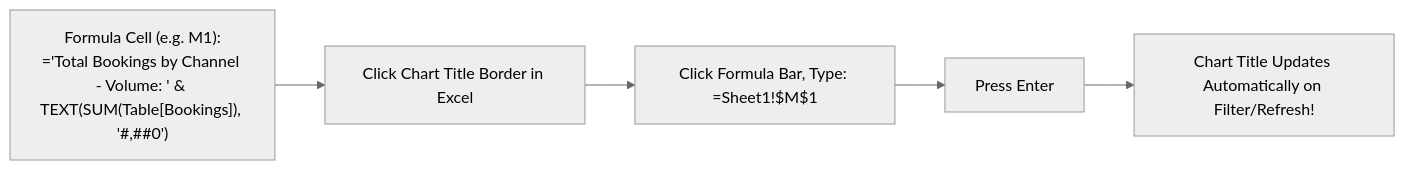
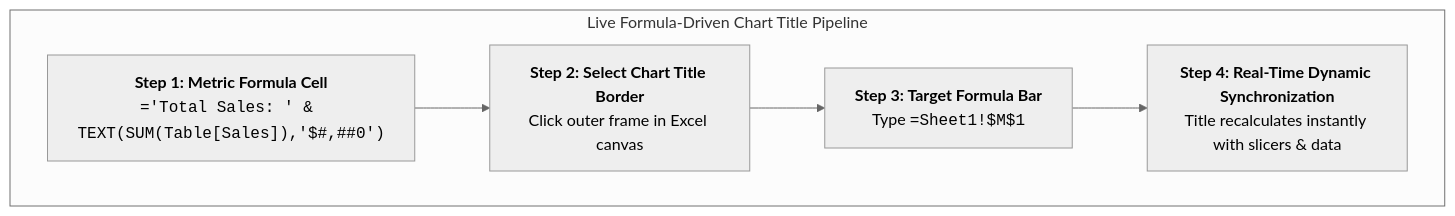
Before and after one commit to Sohila-Khaled-Abbas/COURSE-EXCEL-ZERO-TO-HERO: the fourth of 4 diagrams in 02_Notes/06_Data_Analysis_Charts/02_Formatting_and_Chart_Design_Rules.md, drawn with Mermaid (neutral theme). The commit also changed other lines of this file and 5 other files, not shown here.

Commit message:
docs(module-06): ground all chart notes in Module_6_Demo.xlsx, add roadmap diagrams and Module 6 reference doc

````diff
--- a/02_Notes/06_Data_Analysis_Charts/02_Formatting_and_Chart_Design_Rules.md
+++ b/02_Notes/06_Data_Analysis_Charts/02_Formatting_and_Chart_Design_Rules.md
@@ -175,8 +208,10 @@
 ```mermaid
 flowchart LR
-    F["Formula Cell (e.g. M1):<br/>='Total Bookings by Channel - Volume: ' & TEXT(SUM(Table[Bookings]), '#,##0')"] 
-    --> Click["Click Chart Title Border in Excel"]
-    --> Bar["Click Formula Bar, Type: =Sheet1!$M$1"]
-    --> Press["Press Enter"]
-    --> Dynamic["Chart Title Updates Automatically on Filter/Refresh!"]
+    subgraph DynamicTitlePipeline ["Live Formula-Driven Chart Title Pipeline"]
+        direction LR
+        F["<b>Step 1: Metric Formula Cell</b><br/><code>='Total Sales: ' & TEXT(SUM(Table[Sales]),'$#,##0')</code>"]
+        --> Border["<b>Step 2: Select Chart Title Border</b><br/>Click outer frame in Excel canvas"]
+        --> FormulaBar["<b>Step 3: Target Formula Bar</b><br/>Type <code>=Sheet1!$M$1</code>"]
+        --> Live["<b>Step 4: Real-Time Dynamic Synchronization</b><br/>Title recalculates instantly with slicers & data"]
+    end
 ```
````
